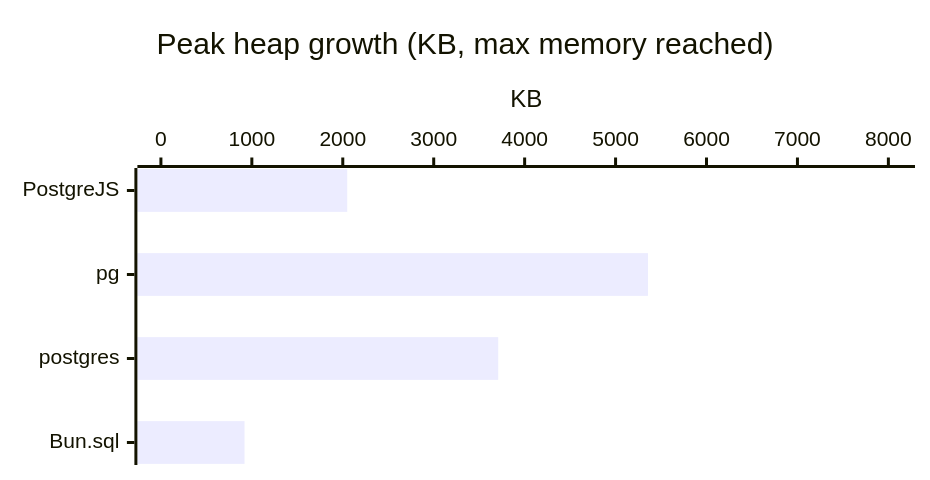
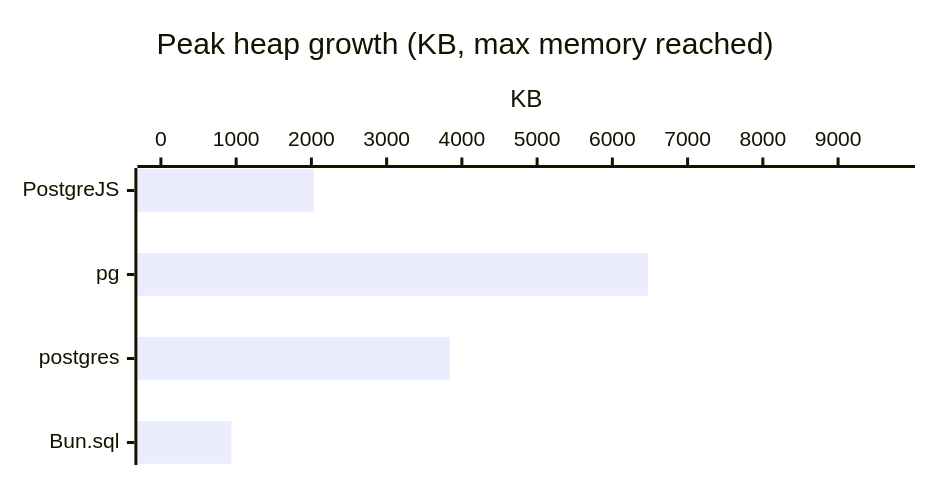
Diagram 15 of 47 in doc/BENCHMARKS-bun.md (panates/postgrejs), drawn with Mermaid before and after one commit. The commit also changed other lines of this file and 1 other file, not shown here.

````diff
--- a/doc/BENCHMARKS-bun.md
+++ b/doc/BENCHMARKS-bun.md
@@ -354,8 +383,8 @@
 ```mermaid
 %%{init: {'xyChart': {'width': 600, 'height': 300, 'chartOrientation': 'horizontal'}}}%%
 xychart-beta
     title "Peak heap growth (KB, max memory reached)"
     x-axis ["PostgreJS", "pg", "postgres", "Bun.sql"]
-    y-axis "KB" 0.0000 --> 8034.1245
-    bar [2049.0088, 5356.0830, 3709.3662, 919.5498]
+    y-axis "KB" 0.0000 --> 9709.6904
+    bar [2033.3086, 6473.1270, 3841.3037, 936.8232]
 ```
````
